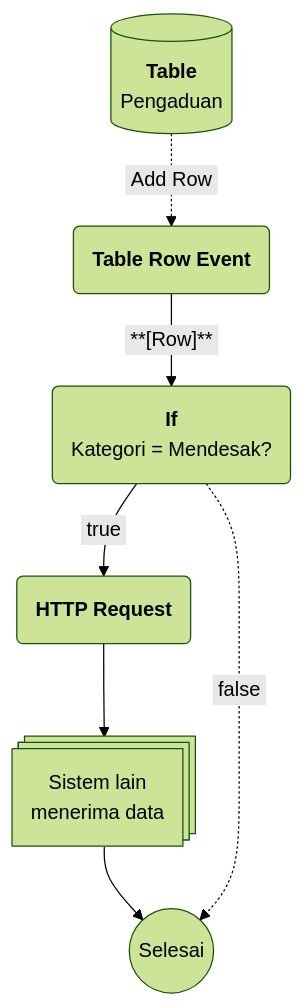
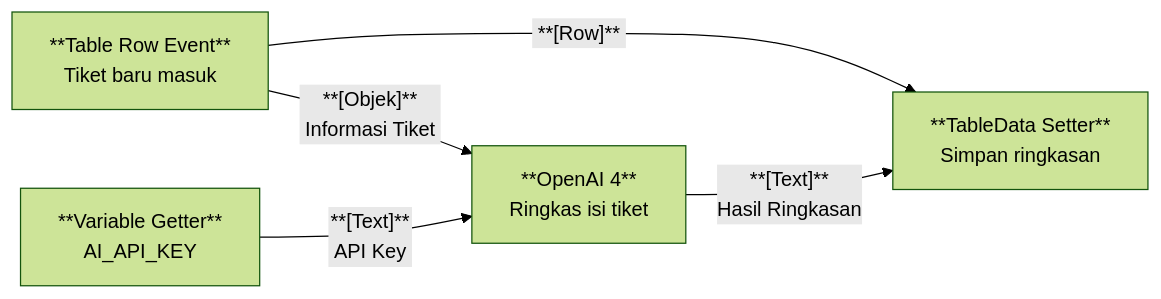
The diagram in Docs/Modul Data/Variable/Contoh Penggunaan.md (ginalne/phoenix-docs), drawn with Mermaid (forest theme) before and after one commit. The commit also changed other lines of this file and 18 other files, not shown here.

````diff
--- a/Docs/Modul Data/Variable/Contoh Penggunaan.md
+++ b/Docs/Modul Data/Variable/Contoh Penggunaan.md
@@ -26,9 +26,7 @@
 ```mermaid
-flowchart TB
-  T@{ shape: database, label: "**Table**<br/>Pengaduan" } -.->|"&nbsp;Add Row&nbsp;"| E@{ shape: rounded, label: "**Table Row Event**" }
-  E -->|"&nbsp;**[Row]**&nbsp;"| B@{ shape: rounded, label: "**If**<br>Kategori = Mendesak?" }
-  B -->|"&nbsp;true&nbsp;"| H@{ shape: rounded, label: "**HTTP Request**" }
-  H --> S@{ shape: processes, label: "Sistem lain<br/>menerima data" }
-  S --> F@{ shape: circle, label: "Selesai" }
-  B -.->|"&nbsp;false&nbsp;"| F
+flowchart LR
+    A[**Table Row Event**<br/>Tiket baru masuk] -->|"**[Objek]**<br> &nbsp;Informasi Tiket&nbsp;"| C
+    A -->|"&nbsp;**[Row]**&nbsp;"| D
+    B["**Variable Getter**<br/>AI_API_KEY"] -->|"**[Text]**<br>&nbsp;API Key&nbsp;"| C["**OpenAI 4**<br/>Ringkas isi tiket"]
+    C -->|"&nbsp;**[Text]**&nbsp;<br>Hasil Ringkasan"| D["**TableData Setter**<br/>Simpan ringkasan"]
 ```
````
